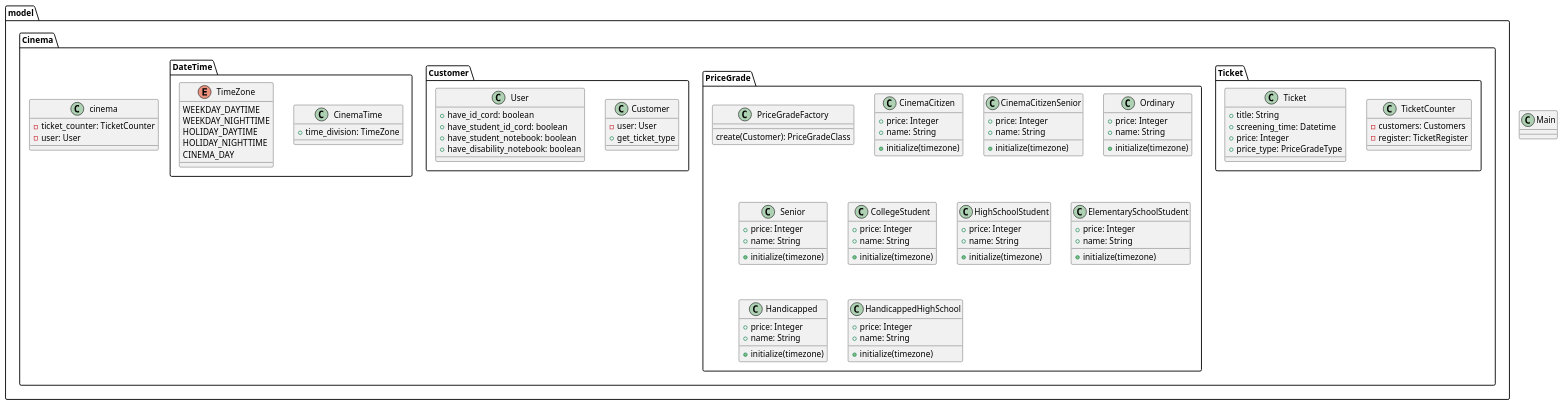
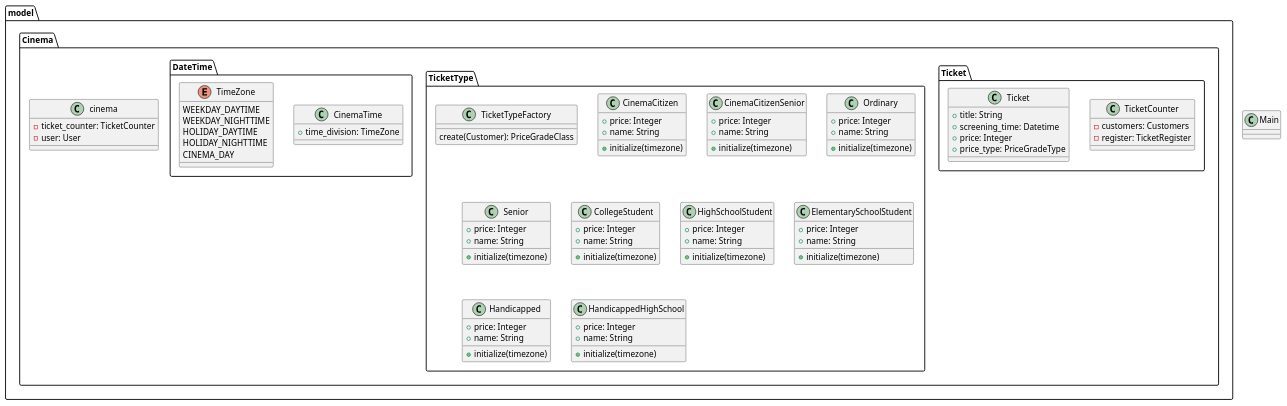
The diagram in doc/class.puml (missyu3/ticket-price-modeling), drawn with PlantUML before and after one commit.

Commit message:
Update クラス図を変更

```diff
--- a/doc/class.puml
+++ b/doc/class.puml
@@ -1,111 +1,96 @@
 @startuml
 
 class Main{
 }
 
 package model {
   
 package Cinema{
   
 class cinema{
   - ticket_counter: TicketCounter
   - user: User
 }
 
   package Ticket{
     class TicketCounter {
       - customers: Customers
       - register: TicketRegister
     }
 
     class Ticket {
       + title: String
       + screening_time: Datetime
       + price: Integer
       + price_type: PriceGradeType
     }
   }
 
-  package PriceGrade {
-    class PriceGradeFactory{
+  package TicketType {
+    class TicketTypeFactory{
       create(Customer): PriceGradeClass
     }
     class CinemaCitizen {
       + price: Integer
       + name: String
       + initialize(timezone)
     }
     class CinemaCitizenSenior {
       + price: Integer
       + name: String
       + initialize(timezone)
     }
     class Ordinary {
       + price: Integer
       + name: String
       + initialize(timezone)
     }
     class Senior {
       + price: Integer
       + name: String
       + initialize(timezone)
     }
     class CollegeStudent {
       + price: Integer
       + name: String
       + initialize(timezone)
     }
     class HighSchoolStudent {
       + price: Integer
       + name: String
       + initialize(timezone)
     }
     class ElementarySchoolStudent {
       + price: Integer
       + name: String
       + initialize(timezone)
     }
     class Handicapped {
       + price: Integer
       + name: String
       + initialize(timezone)
     }
     class HandicappedHighSchool {
       + price: Integer
       + name: String
       + initialize(timezone)
     }
   }
 
-  package Customer {
-  class Customer {
-    - user: User
-    + get_ticket_type
-  }
-
-  class User {
-    + have_id_cord: boolean 
-    + have_student_id_cord: boolean
-    + have_student_notebook: boolean
-    + have_disability_notebook: boolean
-  }
-  }
-
-
   package DateTime{
     class CinemaTime {
       + time_division: TimeZone
     }
 
     enum TimeZone {
       WEEKDAY_DAYTIME
       WEEKDAY_NIGHTTIME
       HOLIDAY_DAYTIME
       HOLIDAY_NIGHTTIME
       CINEMA_DAY
     }
   }
 }
 }
 
 @enduml 
```
